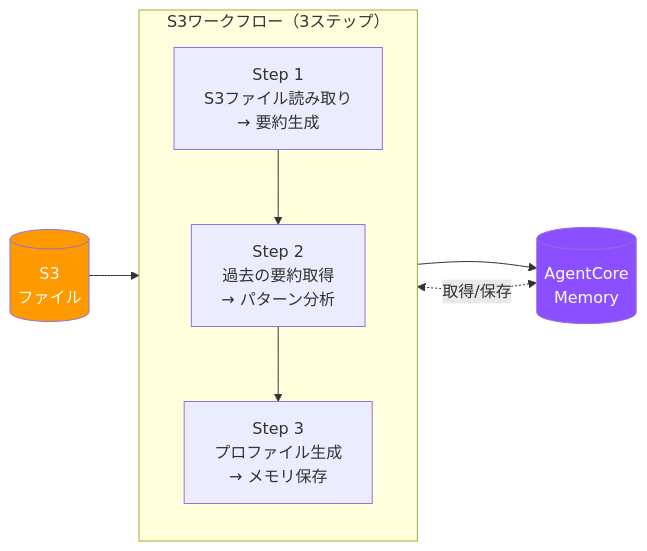
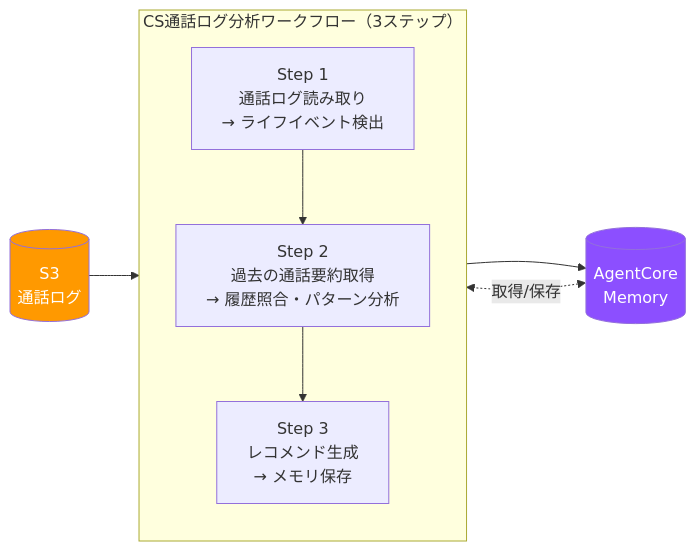
Before and after one commit to kamo-shika/terraform_agentcore: the second of 2 diagrams in docs/architecture.md, drawn with Mermaid. The commit also changed other lines of this file and 17 other files, not shown here.

````diff
--- a/docs/architecture.md
+++ b/docs/architecture.md
@@ -263,17 +261,17 @@
 ```mermaid
 flowchart LR
-    subgraph workflow["S3ワークフロー（3ステップ）"]
+    subgraph workflow["CS通話ログ分析ワークフロー（3ステップ）"]
         direction TB
-        Step1["Step 1<br/>S3ファイル読み取り<br/>→ 要約生成"]
-        Step2["Step 2<br/>過去の要約取得<br/>→ パターン分析"]
-        Step3["Step 3<br/>プロファイル生成<br/>→ メモリ保存"]
+        Step1["Step 1<br/>通話ログ読み取り<br/>→ ライフイベント検出"]
+        Step2["Step 2<br/>過去の通話要約取得<br/>→ 履歴照合・パターン分析"]
+        Step3["Step 3<br/>レコメンド生成<br/>→ メモリ保存"]
         Step1 --> Step2 --> Step3
     end
 
-    S3[("S3<br/>ファイル")] --> Step1
+    S3[("S3<br/>通話ログ")] --> Step1
     Memory[("AgentCore<br/>Memory")] <-.->|"取得/保存"| Step2
     Step3 --> Memory
 
     style S3 fill:#ff9900,color:#fff
     style Memory fill:#8c4fff,color:#fff
 ```
````
